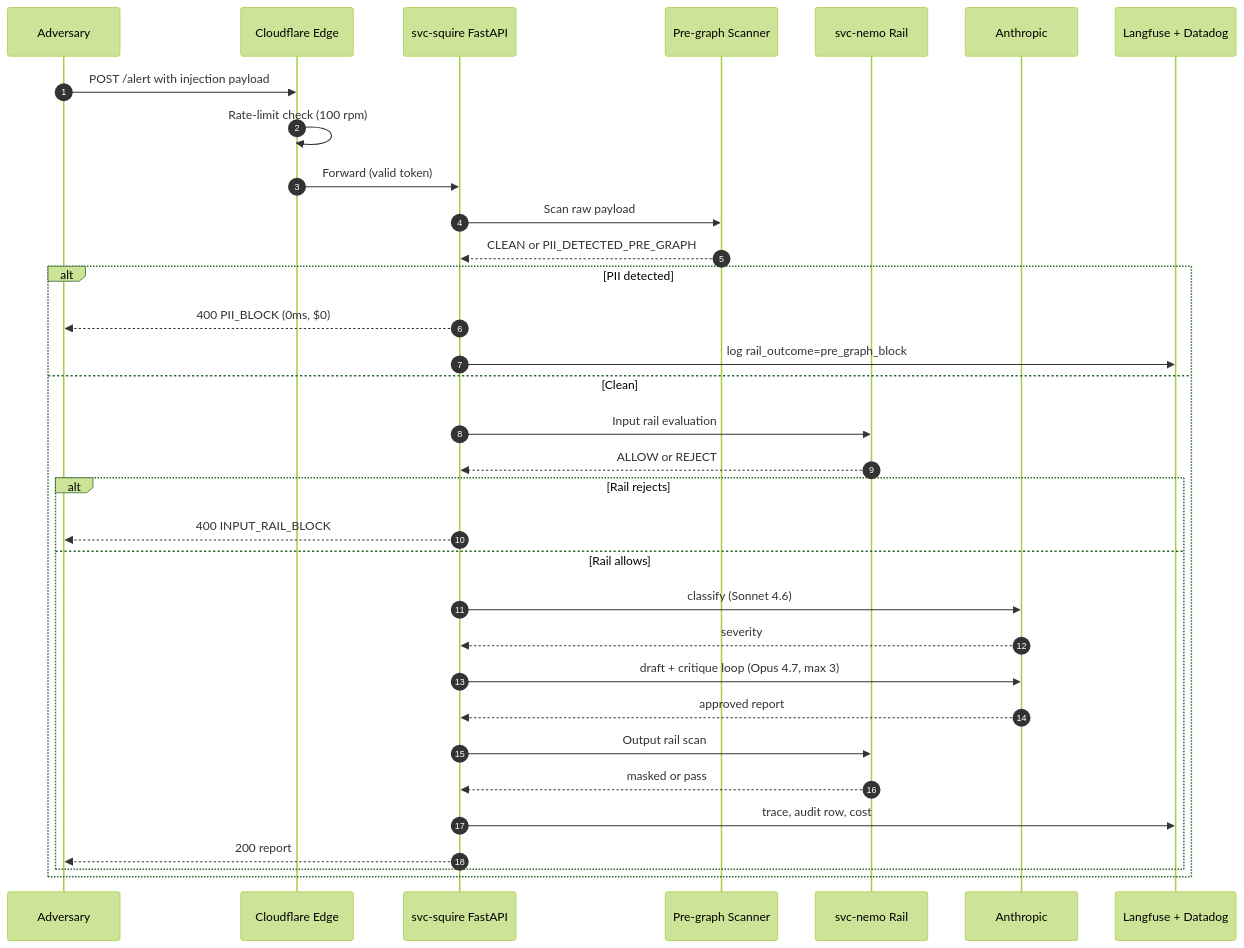
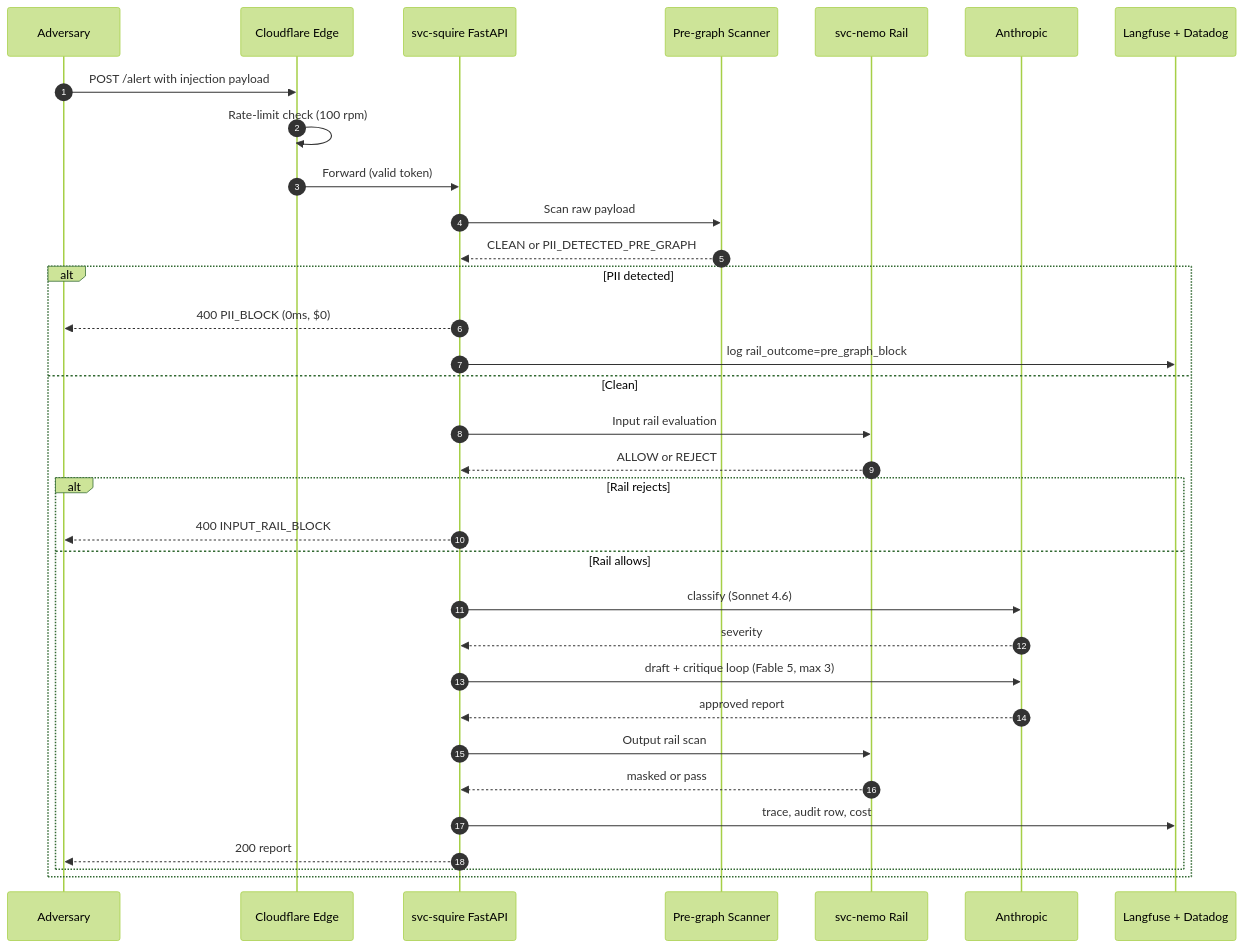
The second of 2 diagrams in docs/grc/SQUIRE_THREAT_MODEL.md (ET-sec/cyber-squire1), drawn with Mermaid (forest theme) before and after one commit. The commit also changed other lines of this file and 197 other files, not shown here.

First line of the commit message:
feat(20.1-05): architecture truth sweep, GRC re-baseline, OCI gates, replication kit (#31)

````diff
--- a/docs/grc/SQUIRE_THREAT_MODEL.md
+++ b/docs/grc/SQUIRE_THREAT_MODEL.md
@@ -371,36 +371,36 @@
 ```mermaid
 sequenceDiagram
     autonumber
     participant Adv as Adversary
     participant Edge as Cloudflare Edge
     participant API as svc-squire FastAPI
     participant PG as Pre-graph Scanner
     participant Rail as svc-nemo Rail
     participant LLM as Anthropic
     participant Obs as Langfuse + Datadog
 
     Adv->>Edge: POST /alert with injection payload
     Edge->>Edge: Rate-limit check (100 rpm)
     Edge->>API: Forward (valid token)
     API->>PG: Scan raw payload
     PG-->>API: CLEAN or PII_DETECTED_PRE_GRAPH
     alt PII detected
         API-->>Adv: 400 PII_BLOCK (0ms, $0)
         API->>Obs: log rail_outcome=pre_graph_block
     else Clean
         API->>Rail: Input rail evaluation
         Rail-->>API: ALLOW or REJECT
         alt Rail rejects
             API-->>Adv: 400 INPUT_RAIL_BLOCK
         else Rail allows
             API->>LLM: classify (Sonnet 4.6)
             LLM-->>API: severity
-            API->>LLM: draft + critique loop (Opus 4.7, max 3)
+            API->>LLM: draft + critique loop (Fable 5, max 3)
             LLM-->>API: approved report
             API->>Rail: Output rail scan
             Rail-->>API: masked or pass
             API->>Obs: trace, audit row, cost
             API-->>Adv: 200 report
         end
     end
 ```
````
